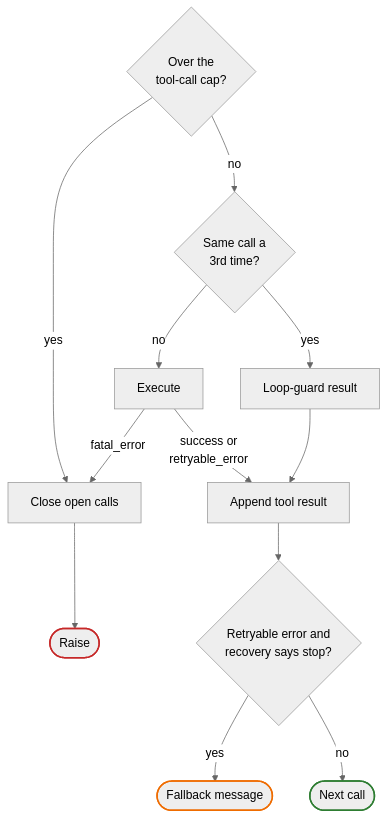
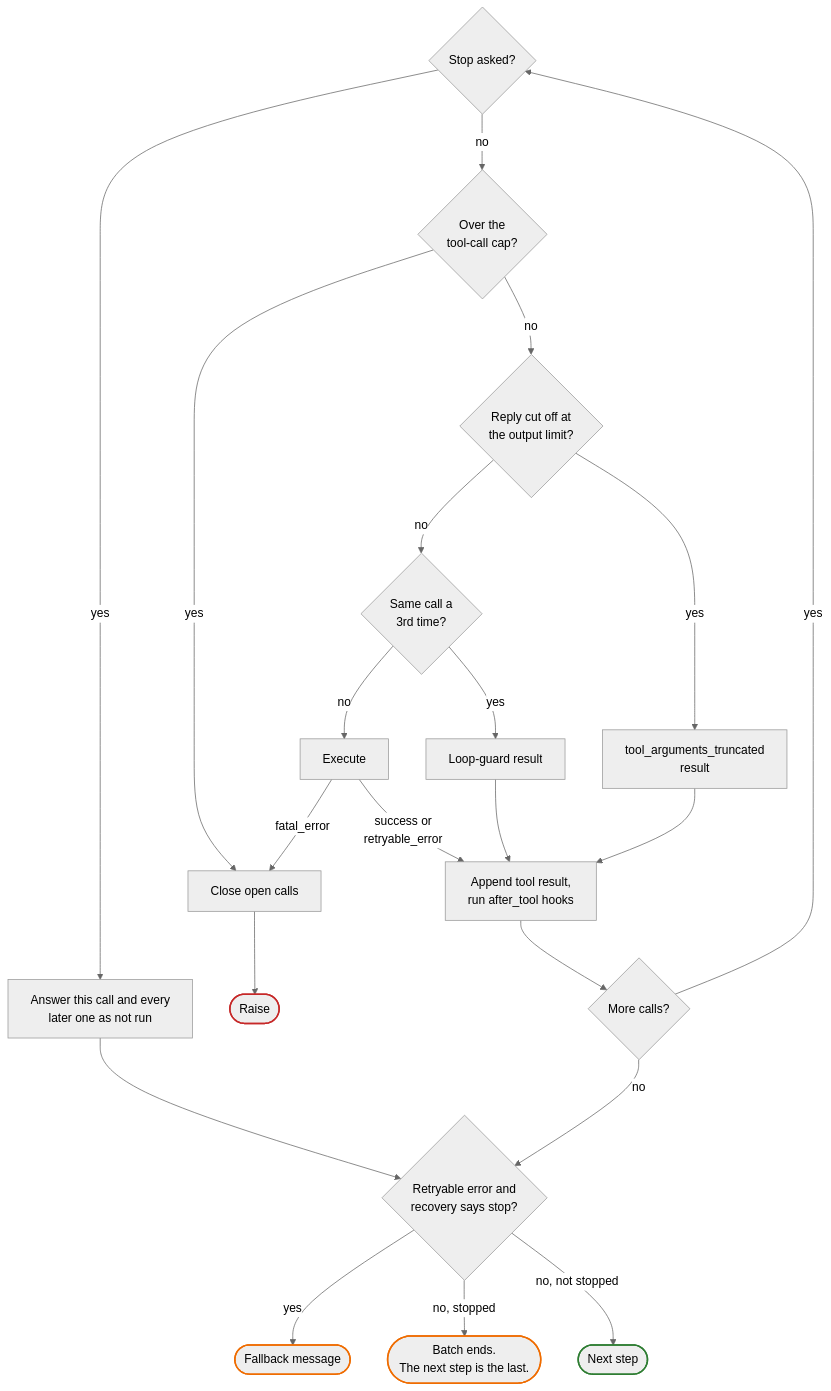
The second of 2 diagrams in docs/harness/loop.md (KiUngSong/TerraFin), drawn with Mermaid (neutral theme) before and after one commit. The commit also changed other lines of this file and 46 other files, not shown here.

````diff
--- a/docs/harness/loop.md
+++ b/docs/harness/loop.md
@@ -58,21 +68,29 @@
     ```mermaid
     flowchart TD
-        cap{"Over the<br/>tool-call cap?"}
-        cap -- yes --> close
-        cap -- no --> dup{"Same call a<br/>3rd time?"}
+        stop{"Stop asked?"}
+        stop -- yes --> unrun["Answer this call and every<br/>later one as not run"] --> judge
+        stop -- no --> cap{"Over the<br/>tool-call cap?"}
+        cap -- yes --> close["Close open calls"] --> fail(["Raise"])
+        cap -- no --> cut{"Reply cut off at<br/>the output limit?"}
+        cut -- yes --> trunc["tool_arguments_truncated<br/>result"]
+        cut -- no --> dup{"Same call a<br/>3rd time?"}
         dup -- yes --> guard["Loop-guard result"]
         dup -- no --> exec["Execute"]
-        exec -- fatal_error --> close["Close open calls"] --> fail(["Raise"])
-        exec -- success or<br/>retryable_error --> append["Append tool result"]
+        exec -- fatal_error --> close
+        exec -- success or<br/>retryable_error --> append["Append tool result,<br/>run after_tool hooks"]
         guard --> append
-        append --> stop{"Retryable error and<br/>recovery says stop?"}
-        stop -- yes --> fb(["Fallback message"])
-        stop -- no --> next(["Next call"])
+        trunc --> append
+        append --> more{"More calls?"}
+        more -- yes --> stop
+        more -- no --> judge{"Retryable error and<br/>recovery says stop?"}
+        judge -- yes --> fb(["Fallback message"])
+        judge -- "no, stopped" --> halted(["Batch ends.<br/>The next step is the last."])
+        judge -- "no, not stopped" --> next(["Next step"])
 
         classDef ok stroke:#2e7d32,stroke-width:2px
         classDef bad stroke:#c62828,stroke-width:2px
         classDef soft stroke:#ef6c00,stroke-width:2px
         class next ok
         class fail bad
-        class fb soft
+        class fb,halted soft
     ```
````
